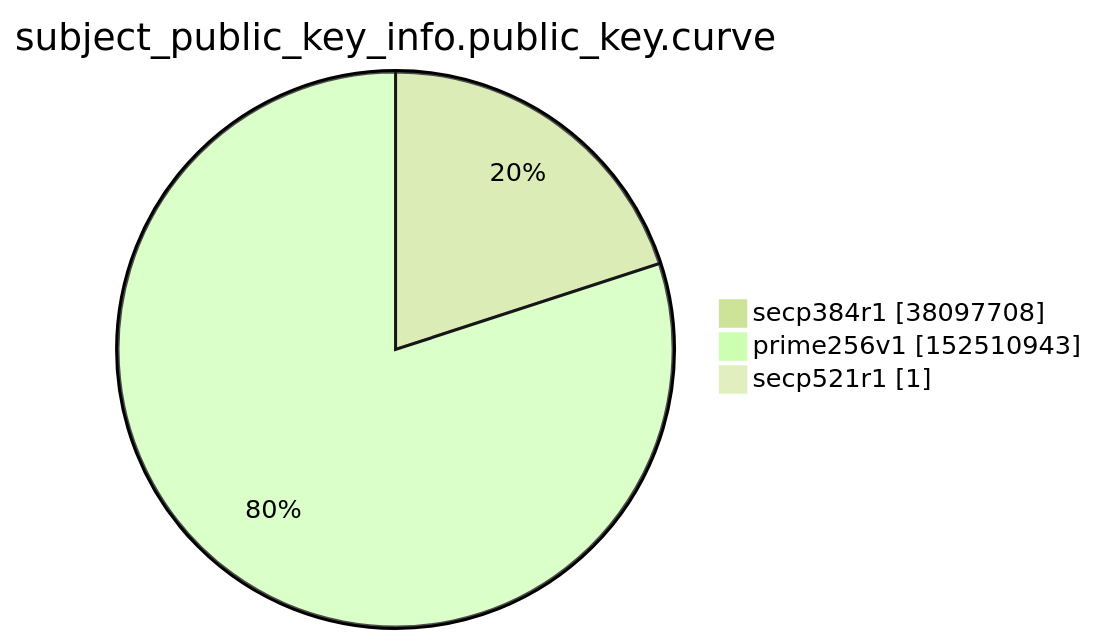
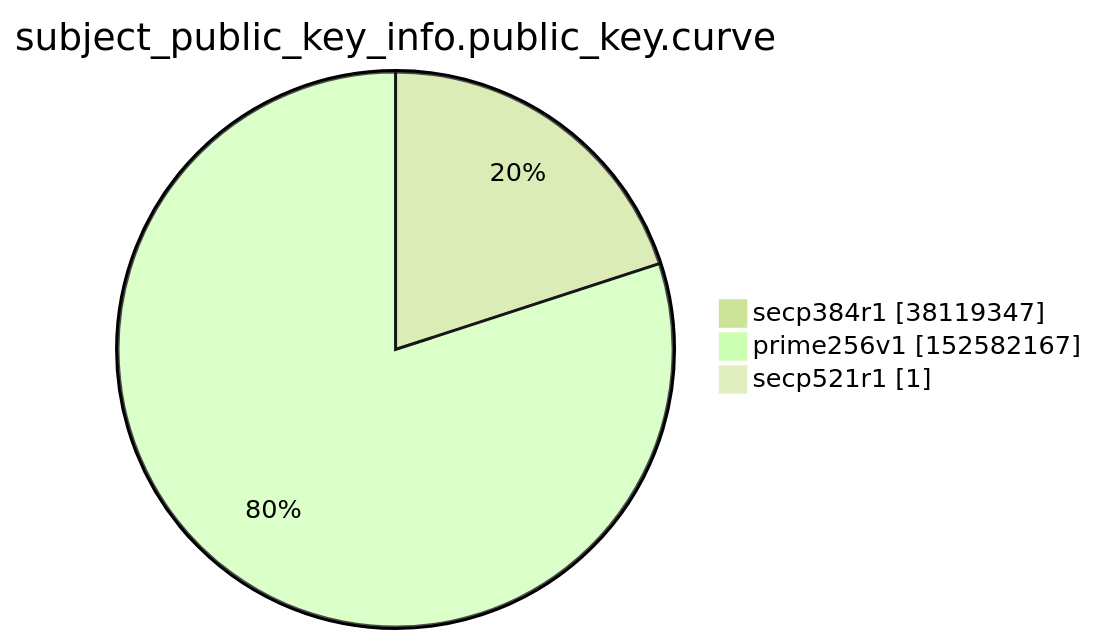
The ninth of 15 diagrams in xenon2022/README.md (christiankrug/ctmonitor_visualization), drawn with Mermaid (forest theme) before and after one commit. The commit also changed other lines of this file, not shown here.

````diff
--- a/xenon2022/README.md
+++ b/xenon2022/README.md
@@ -2860,7 +2860,7 @@
 ```mermaid
 pie showData
 title subject_public_key_info.public_key.curve
-"secp384r1" :38097708
-"prime256v1" :152510943
+"secp384r1" :38119347
+"prime256v1" :152582167
 "secp521r1" :1
 ```
````
